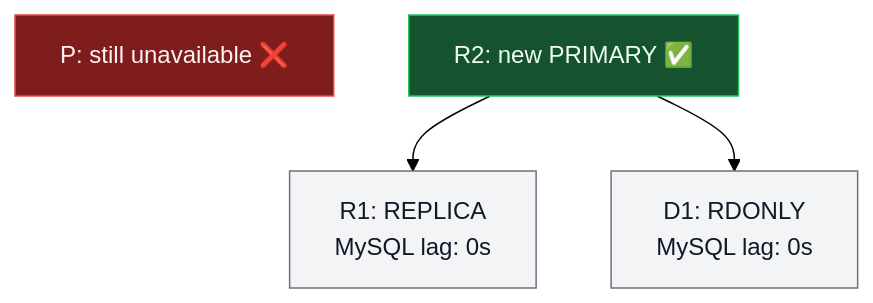
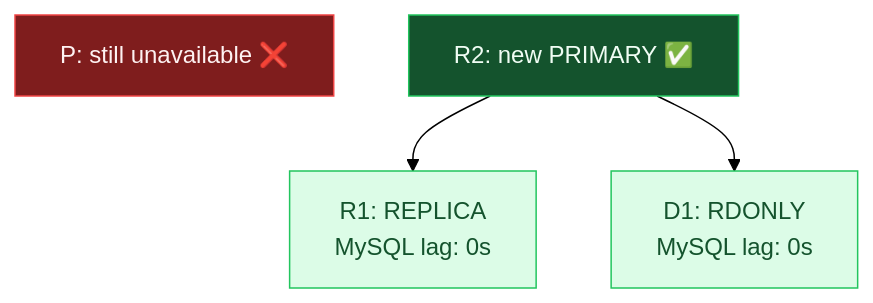
One commit to vitessio/website changed the second of 3 diagrams in content/en/blog/2026-09-24-hardening-emergency-reparent-shard.md. Above: the diagram before and after it, drawn with Mermaid (forest theme). The commit also changed other lines of this file, not shown here.

Commit message:
Refine EmergencyReparentShard blog diagrams

````diff
--- a/content/en/blog/2026-09-24-hardening-emergency-reparent-shard.md
+++ b/content/en/blog/2026-09-24-hardening-emergency-reparent-shard.md
@@ -38,15 +40,17 @@
 ```mermaid
 graph TD
     OldPrimary["P: still unavailable ❌"]
     NewPrimary["R2: new PRIMARY ✅"]
     Replica["R1: REPLICA<br/>MySQL lag: 0s"]
     ReadOnly["D1: RDONLY<br/>MySQL lag: 0s"]
     NewPrimary --> Replica
     NewPrimary --> ReadOnly
 
     classDef default fill:#f3f4f6,stroke:#6b7280,color:#111827
     classDef unavailable fill:#7f1d1d,stroke:#ef4444,color:#fef2f2
     classDef completed fill:#14532d,stroke:#22c55e,color:#f0fdf4
+    classDef healthy fill:#dcfce7,stroke:#22c55e,color:#14532d
     class OldPrimary unavailable
     class NewPrimary completed
+    class Replica,ReadOnly healthy
 ```
````
